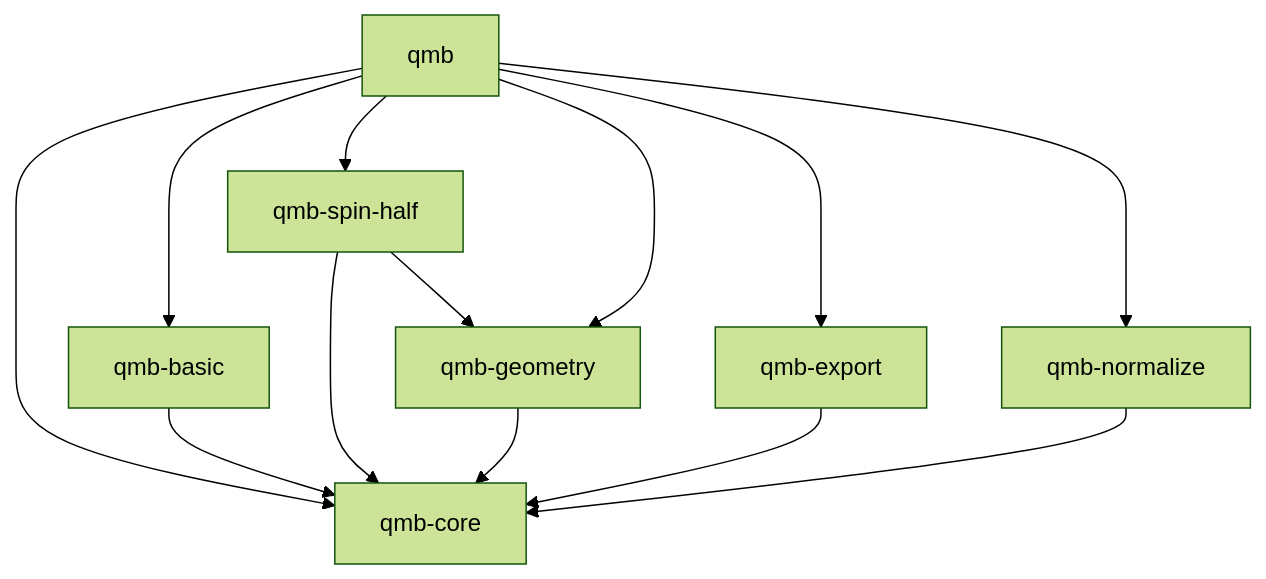
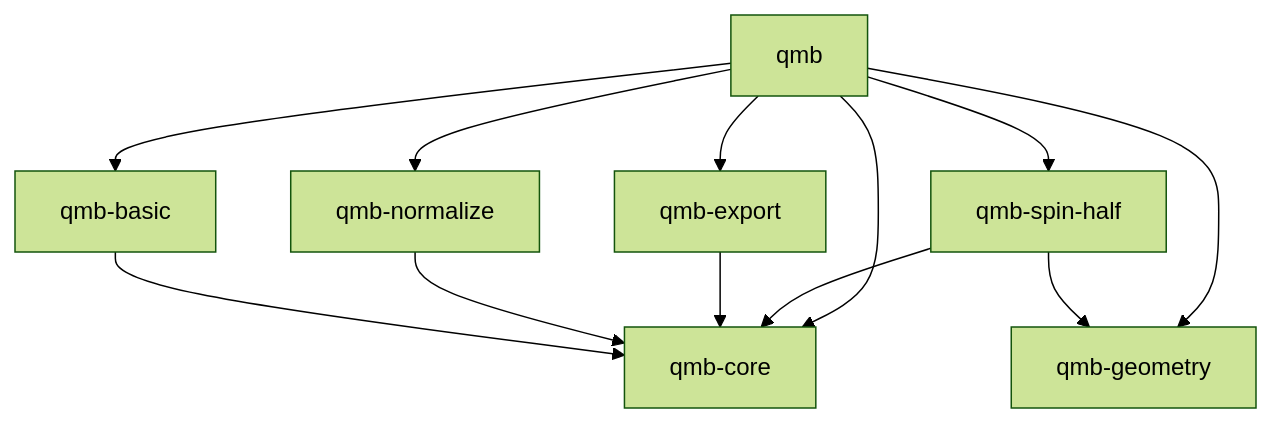
The diagram in docs/implementation-plan.md (nattyo1226/qmb-rs), drawn with Mermaid (forest theme) before and after one commit. The commit also changed other lines of this file and 19 other files, not shown here.

````diff
--- a/docs/implementation-plan.md
+++ b/docs/implementation-plan.md
@@ -33,15 +33,14 @@
 ```mermaid
 graph TD
     Q[qmb] --> C[qmb-core]
     Q --> B[qmb-basic]
     Q --> S[qmb-spin-half]
     Q --> G[qmb-geometry]
     Q --> E[qmb-export]
     Q --> N[qmb-normalize]
     S --> C
     S --> G
-    G --> C
     E --> C
     N --> C
     B --> C
 ```
````
